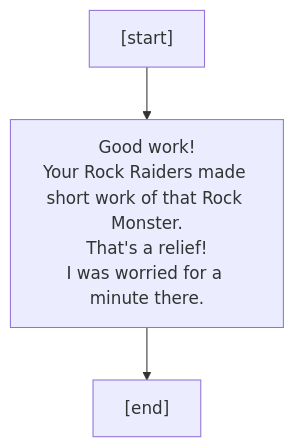
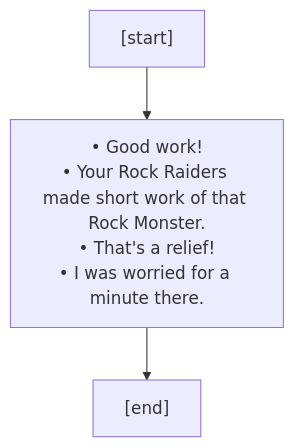
One commit to charredUtensil/groundhog changed the third of 14 diagrams in src/core/lore/graphs/events.md. Above: the diagram before and after it, drawn with Mermaid. The commit also changed other lines of this file and 7 other files, not shown here.

````diff
--- a/src/core/lore/graphs/events.md
+++ b/src/core/lore/graphs/events.md
@@ -36,8 +36,8 @@
 ```mermaid
 flowchart TD;
 P0["[start]"]
 P0 --> P1
-P1["Good work!<br/>Your Rock Raiders made short work of that Rock Monster.<br/>That's a relief!<br/>I was worried for a minute there."]
+P1["&bull; Good work!<br/>&bull; Your Rock Raiders made short work of that Rock Monster.<br/>&bull; That's a relief!<br/>&bull; I was worried for a minute there."]
 P1 --> P2
 P2["[end]"]
 ```
````
